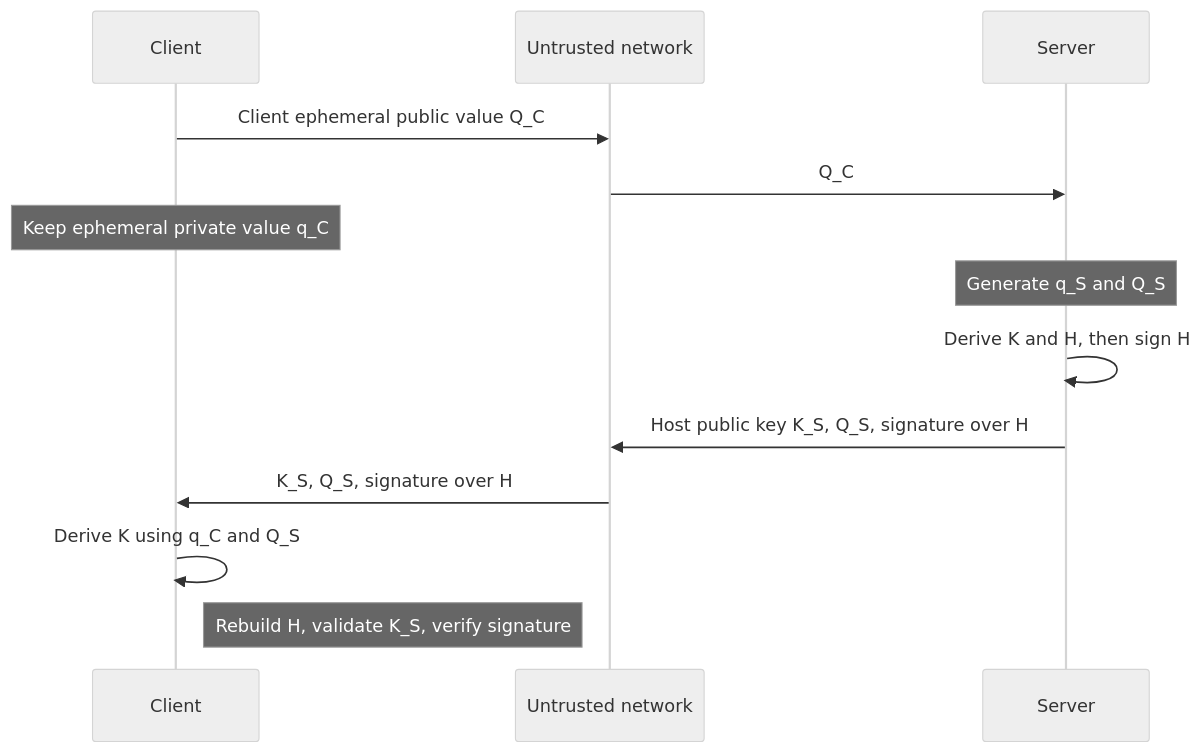
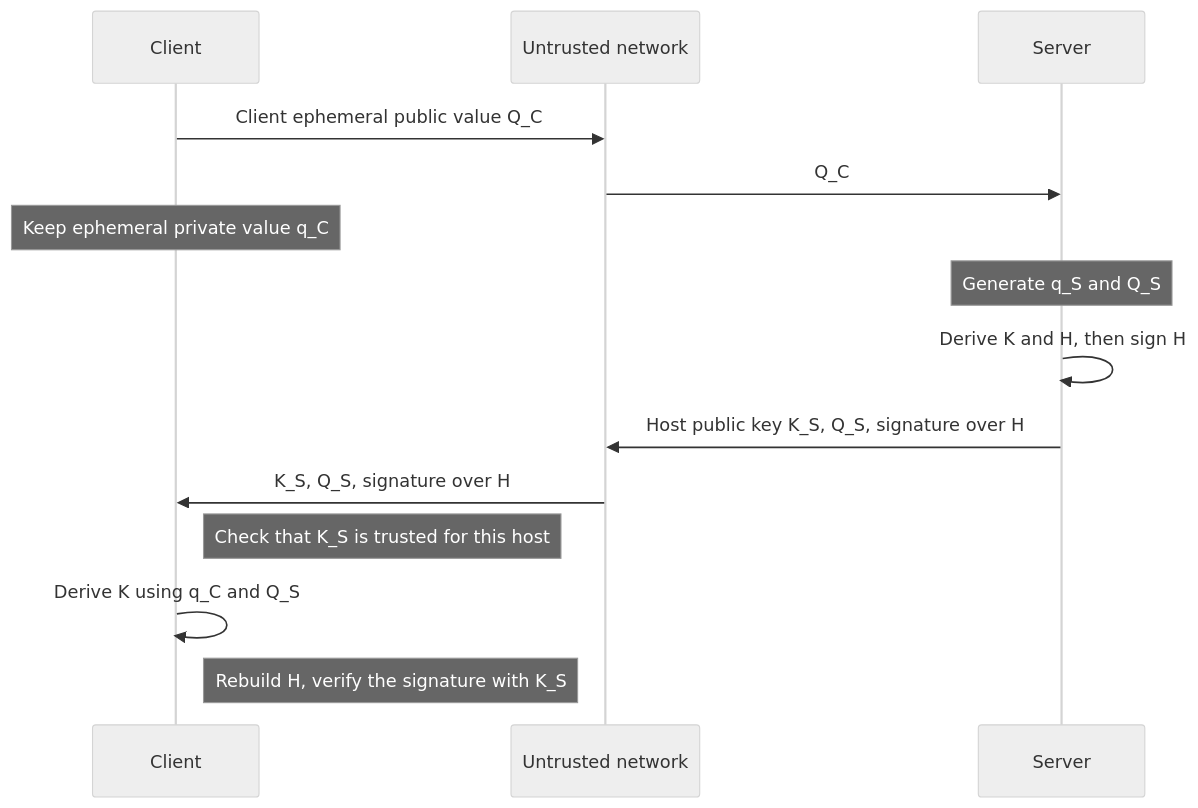
Before and after one commit to fornwall/ssh-protocol: the first of 5 diagrams in src/key-exchange.md, drawn with Mermaid (neutral theme). The commit also changed other lines of this file and 9 other files, not shown here.

First line of the commit message:
Show that the client checks host-key trust before the KEX signature

````diff
--- a/src/key-exchange.md
+++ b/src/key-exchange.md
@@ -30,15 +30,16 @@
 ```mermaid
 sequenceDiagram
     participant C as Client
     participant N as Untrusted network
     participant S as Server
     C->>N: Client ephemeral public value Q_C
     N->>S: Q_C
     Note over C: Keep ephemeral private value q_C
     Note over S: Generate q_S and Q_S
     S->>S: Derive K and H, then sign H
     S->>N: Host public key K_S, Q_S, signature over H
     N->>C: K_S, Q_S, signature over H
+    Note right of C: Check that K_S is trusted for this host
     C->>C: Derive K using q_C and Q_S
-    Note right of C: Rebuild H, validate K_S, verify signature
+    Note right of C: Rebuild H, verify the signature with K_S
 ```
````
